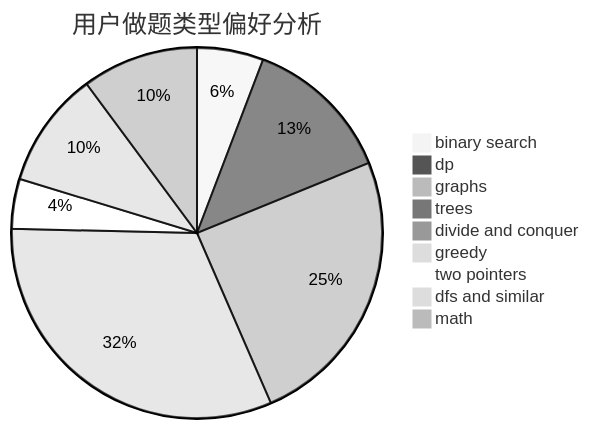
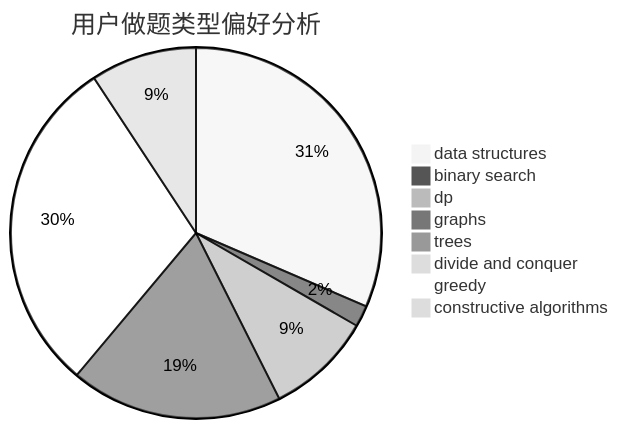
Before and after one commit to sherpahu/cfrs.github.io: the second of 3 diagrams in docs/user/u1115.md, drawn with Mermaid (neutral theme). The commit also changed other lines of this file and 2775 other files, not shown here.

````diff
--- a/docs/user/u1115.md
+++ b/docs/user/u1115.md
@@ -23,12 +23,11 @@
 ```mermaid
 pie title 用户做题类型偏好分析
-    "binary search" :  4
-    "dp" :  9
-    "graphs" :  17
+    "data structures" :  17
+    "binary search" :  1
+    "dp" :  5
+    "graphs" :  10
     "trees" :  0
     "divide and conquer" :  0
-    "greedy" :  22
-    "two pointers" :  3
-    "dfs and similar" :  7
-    "math" :  7
+    "greedy" :  16
+    "constructive algorithms" :  5
 ```
````
